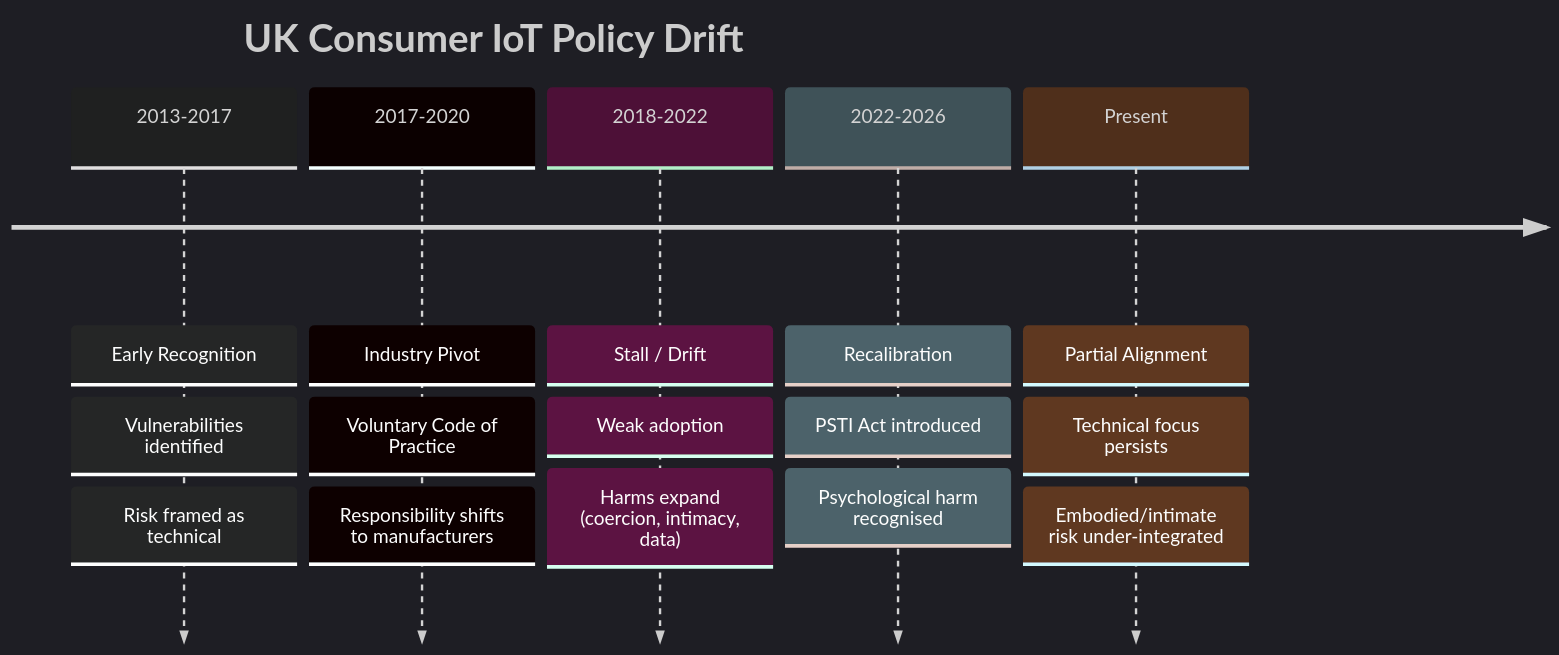
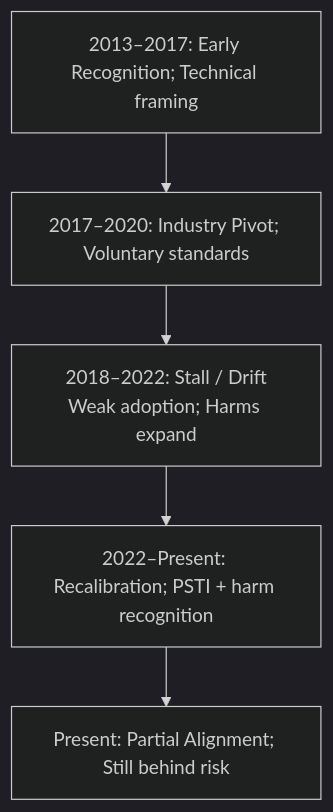
The diagram in Disruption_Kit/Big_Picture_Protocols/🫀_Our_Hearts_Our_Minds/🐝_Body_Politic/🩸_surveillance_induced_intimacy_breach.md (josefsbreakfast/Polaris-Protocol), drawn with Mermaid (dark theme) before and after one commit.

````diff
--- a/Disruption_Kit/Big_Picture_Protocols/🫀_Our_Hearts_Our_Minds/🐝_Body_Politic/🩸_surveillance_induced_intimacy_breach.md
+++ b/Disruption_Kit/Big_Picture_Protocols/🫀_Our_Hearts_Our_Minds/🐝_Body_Politic/🩸_surveillance_induced_intimacy_breach.md
@@ -273,24 +273,10 @@
 ```mermaid
-timeline
-    title UK Consumer IoT Policy Drift
+flowchart TD
+    A[2013–2017: Early Recognition; Technical framing] 
+    B[2017–2020: Industry Pivot; Voluntary standards]
+    C[2018–2022: Stall / Drift\nWeak adoption; Harms expand]
+    D[2022–Present: Recalibration; PSTI + harm recognition]
+    E[Present: Partial Alignment; Still behind risk]
 
-    2013-2017 : Early Recognition
-              : Vulnerabilities identified
-              : Risk framed as technical
-
-    2017-2020 : Industry Pivot
-              : Voluntary Code of Practice
-              : Responsibility shifts to manufacturers
-
-    2018-2022 : Stall / Drift
-              : Weak adoption
-              : Harms expand (coercion, intimacy, data)
-
-    2022-2026 : Recalibration
-              : PSTI Act introduced
-              : Psychological harm recognised
-
-    Present   : Partial Alignment
-              : Technical focus persists
-              : Embodied/intimate risk under-integrated
+    A --> B --> C --> D --> E
 ```
````
